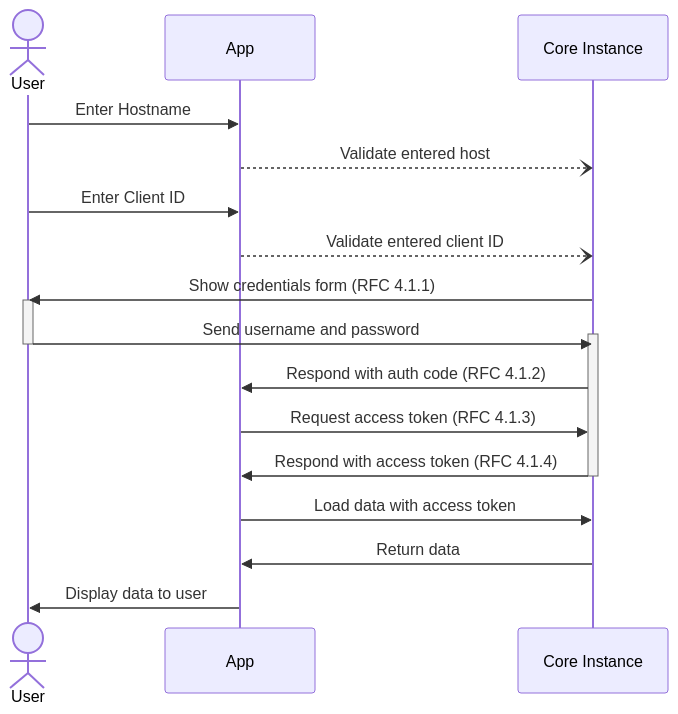
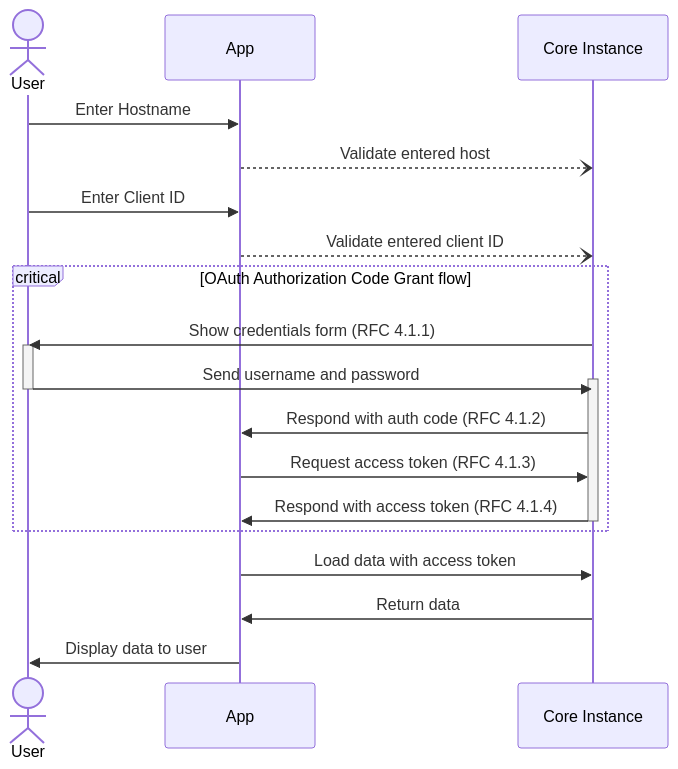
The first of 2 diagrams in README.md (photos-network/android), drawn with Mermaid before and after one commit.

Commit message:
add critical frame

````diff
--- a/README.md
+++ b/README.md
@@ -22,23 +22,24 @@
 ```mermaid
 sequenceDiagram
     actor U as User
     participant A as App
     participant C as Core Instance
     U->>A: Enter Hostname
     A--)C: Validate entered host
     U->>A: Enter Client ID
     A--)C: Validate entered client ID
+    critical OAuth Authorization Code Grant flow
     C->>U: Show credentials form (RFC 4.1.1)
     activate U
     U->>C: Send username and password
     activate C
     deactivate U
     C->>A: Respond with auth code (RFC 4.1.2)
     A->>C: Request access token (RFC 4.1.3)
     C->>A: Respond with access token (RFC 4.1.4)
     deactivate C
+    end
     A->>C: Load data with access token
     C->>A: Return data
     A->>U: Display data to user
-
 ```
````
